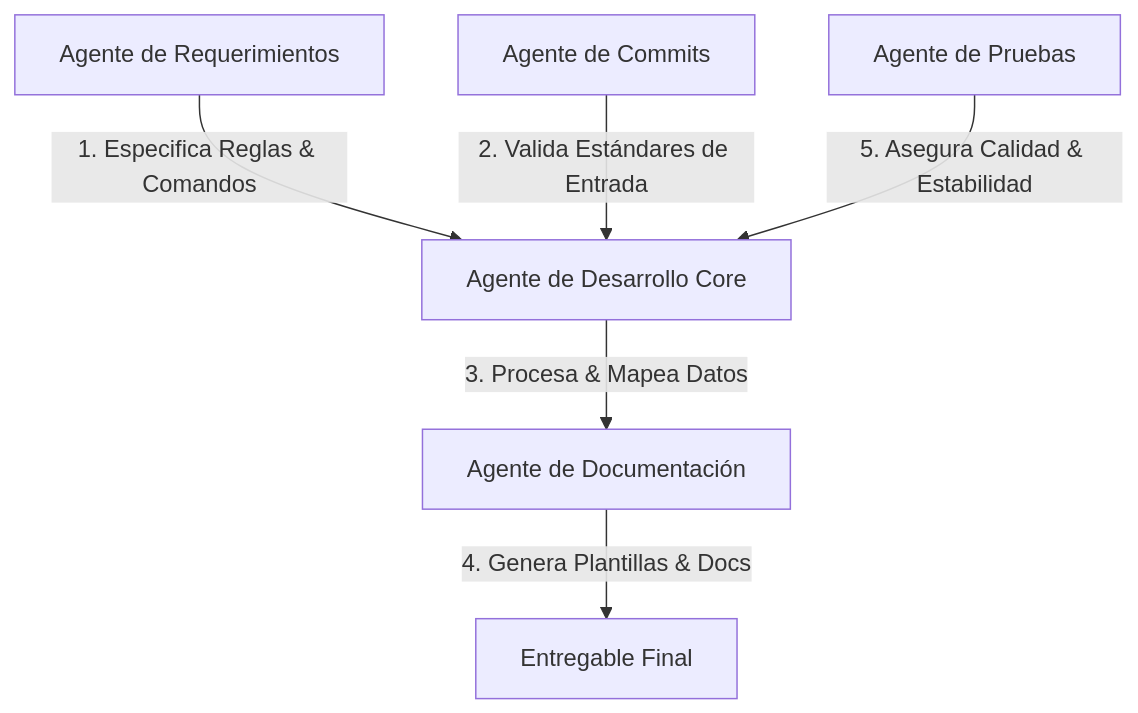
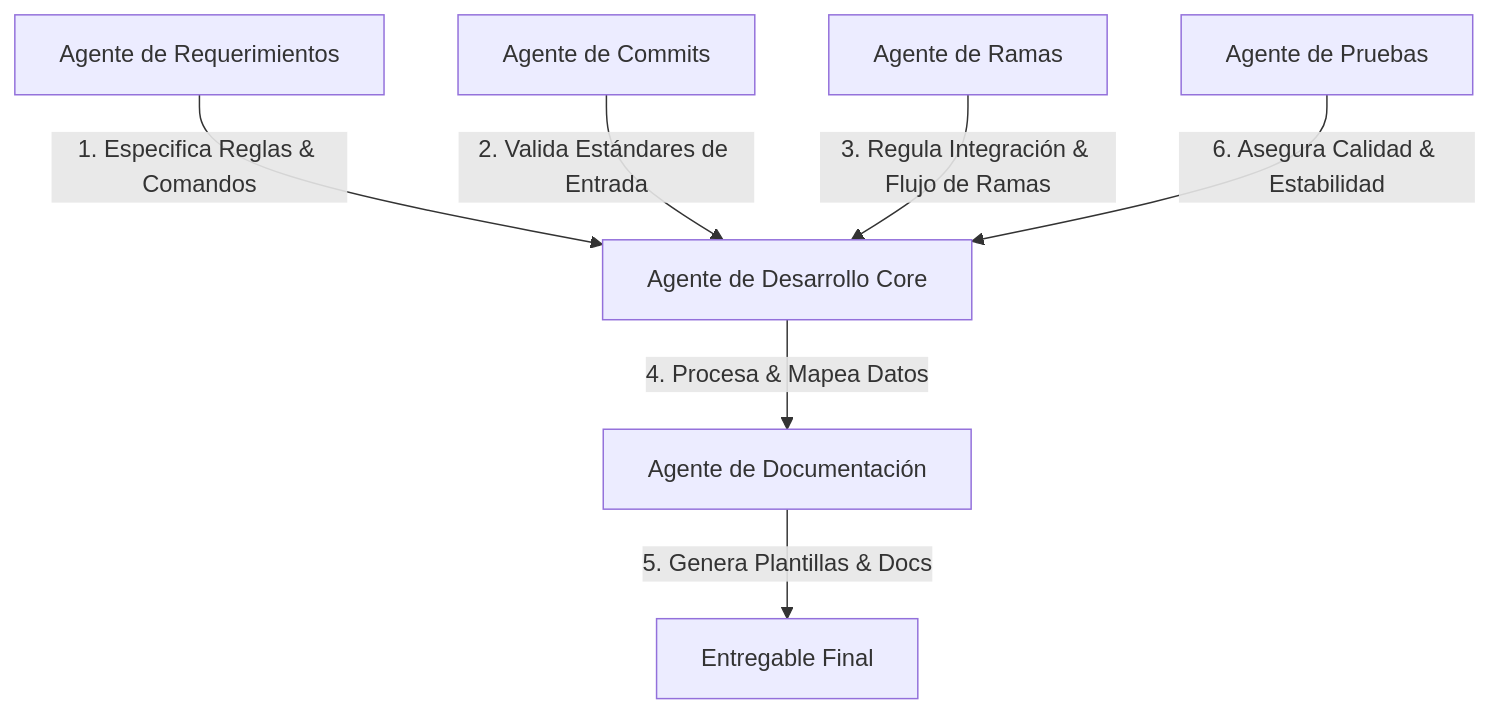
Before and after one commit to josewebcreator/my-gitdoc: the diagram in .agents/README.md, drawn with Mermaid. The commit also changed other lines of this file and 14 other files, not shown here.

````diff
--- a/.agents/README.md
+++ b/.agents/README.md
@@ -17,8 +18,9 @@
 ```mermaid
 graph TD
     A[Agente de Requerimientos] -->|1. Especifica Reglas & Comandos| B[Agente de Desarrollo Core]
     C[Agente de Commits] -->|2. Valida Estándares de Entrada| B
-    B -->|3. Procesa & Mapea Datos| D[Agente de Documentación]
-    D -->|4. Genera Plantillas & Docs| E[Entregable Final]
-    F[Agente de Pruebas] -->|5. Asegura Calidad & Estabilidad| B
+    G[Agente de Ramas] -->|3. Regula Integración & Flujo de Ramas| B
+    B -->|4. Procesa & Mapea Datos| D[Agente de Documentación]
+    D -->|5. Genera Plantillas & Docs| E[Entregable Final]
+    F[Agente de Pruebas] -->|6. Asegura Calidad & Estabilidad| B
 ```
````
